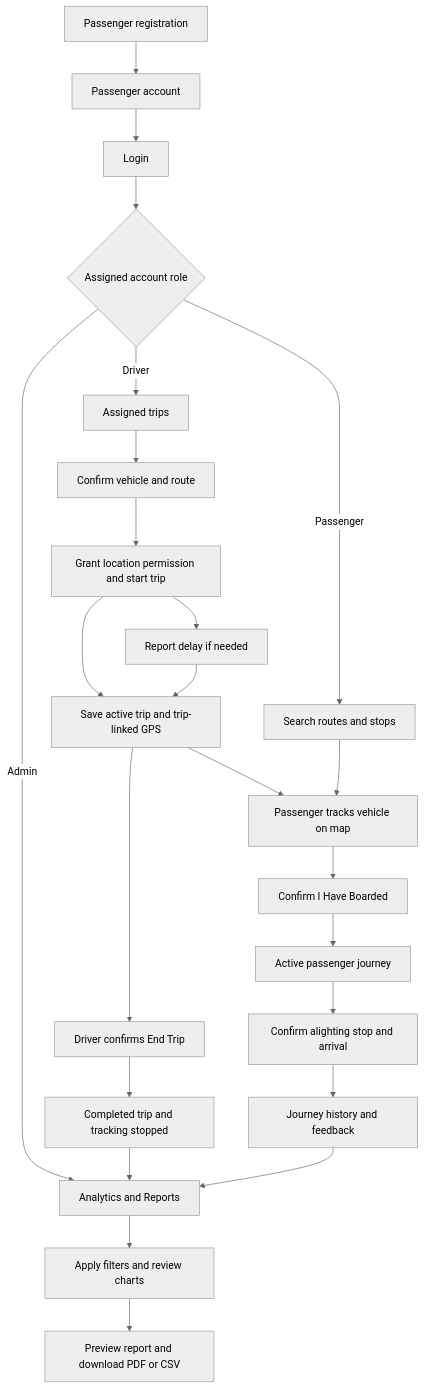
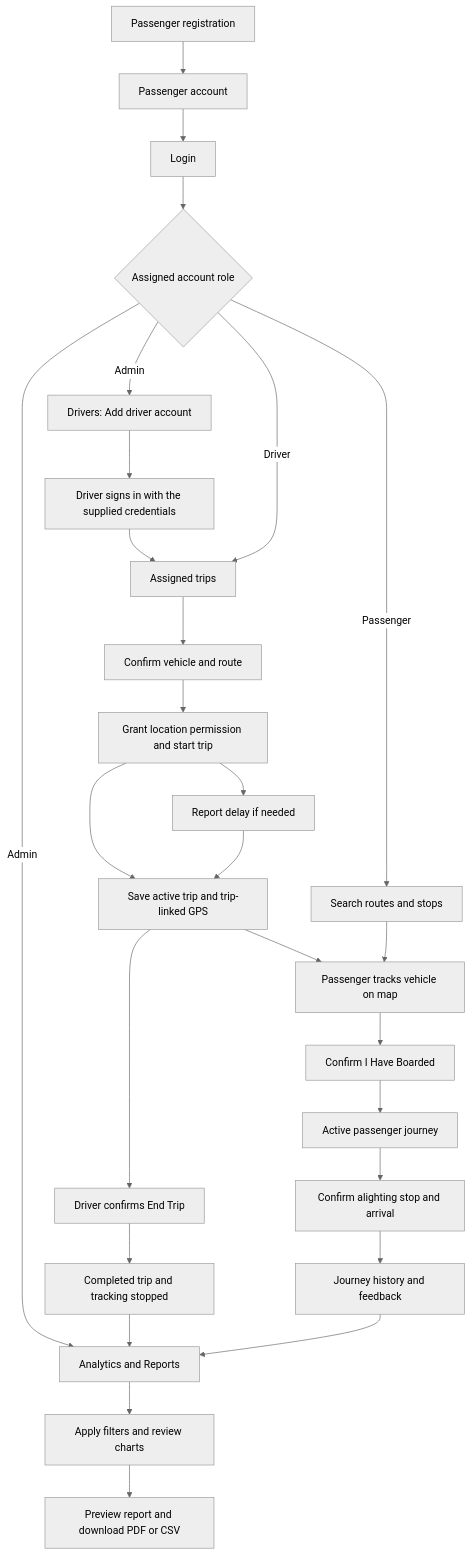
Before and after one commit to misakishon/JeepTrackWebsiteapp: the diagram in README.md, drawn with Mermaid (neutral theme). The commit also changed other lines of this file and 27 other files, not shown here.

Commit message:
feat: brand welcome redesign, driver account management, and smooth vehicle markers

````diff
--- a/README.md
+++ b/README.md
@@ -17,26 +17,29 @@
 ```mermaid
 flowchart TD
     A[Login] --> B{Assigned account role}
     R[Passenger registration] --> P[Passenger account]
     P --> A
     B -->|Admin| C[Analytics and Reports]
+    B -->|Admin| AC[Drivers: Add driver account]
+    AC --> DL[Driver signs in with the supplied credentials]
+    DL --> D
     B -->|Driver| D[Assigned trips]
     B -->|Passenger| E[Search routes and stops]
     D --> F[Confirm vehicle and route]
     F --> G[Grant location permission and start trip]
     G --> H[Save active trip and trip-linked GPS]
     H --> I[Passenger tracks vehicle on map]
     E --> I
     I --> J[Confirm I Have Boarded]
     J --> K[Active passenger journey]
     K --> L[Confirm alighting stop and arrival]
     L --> M[Journey history and feedback]
     G --> N[Report delay if needed]
     N --> H
     H --> O[Driver confirms End Trip]
     O --> Q[Completed trip and tracking stopped]
     Q --> C
     M --> C
     C --> S[Apply filters and review charts]
     S --> T[Preview report and download PDF or CSV]
 ```
````
